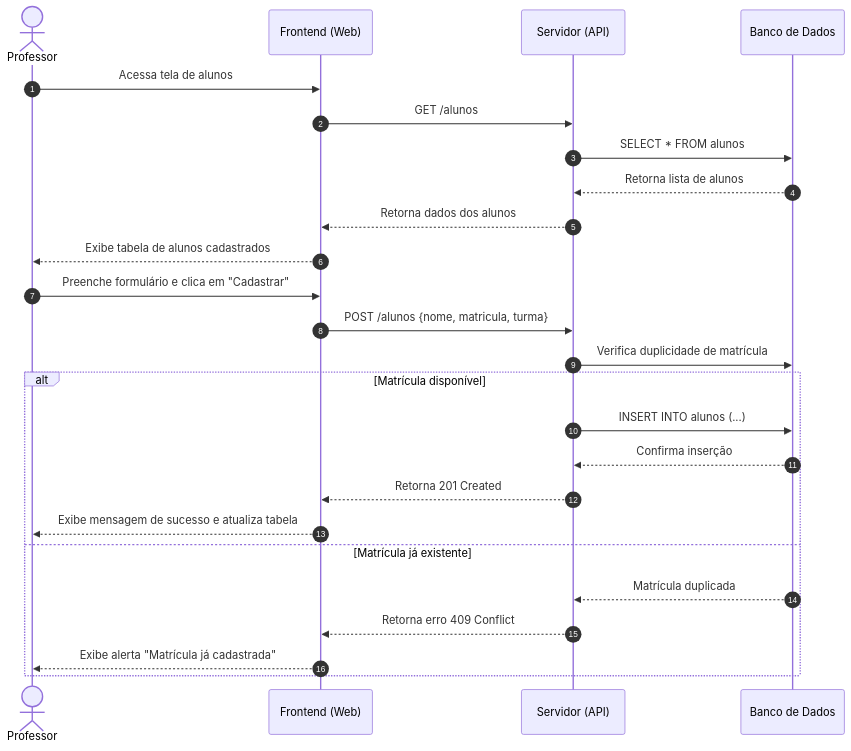
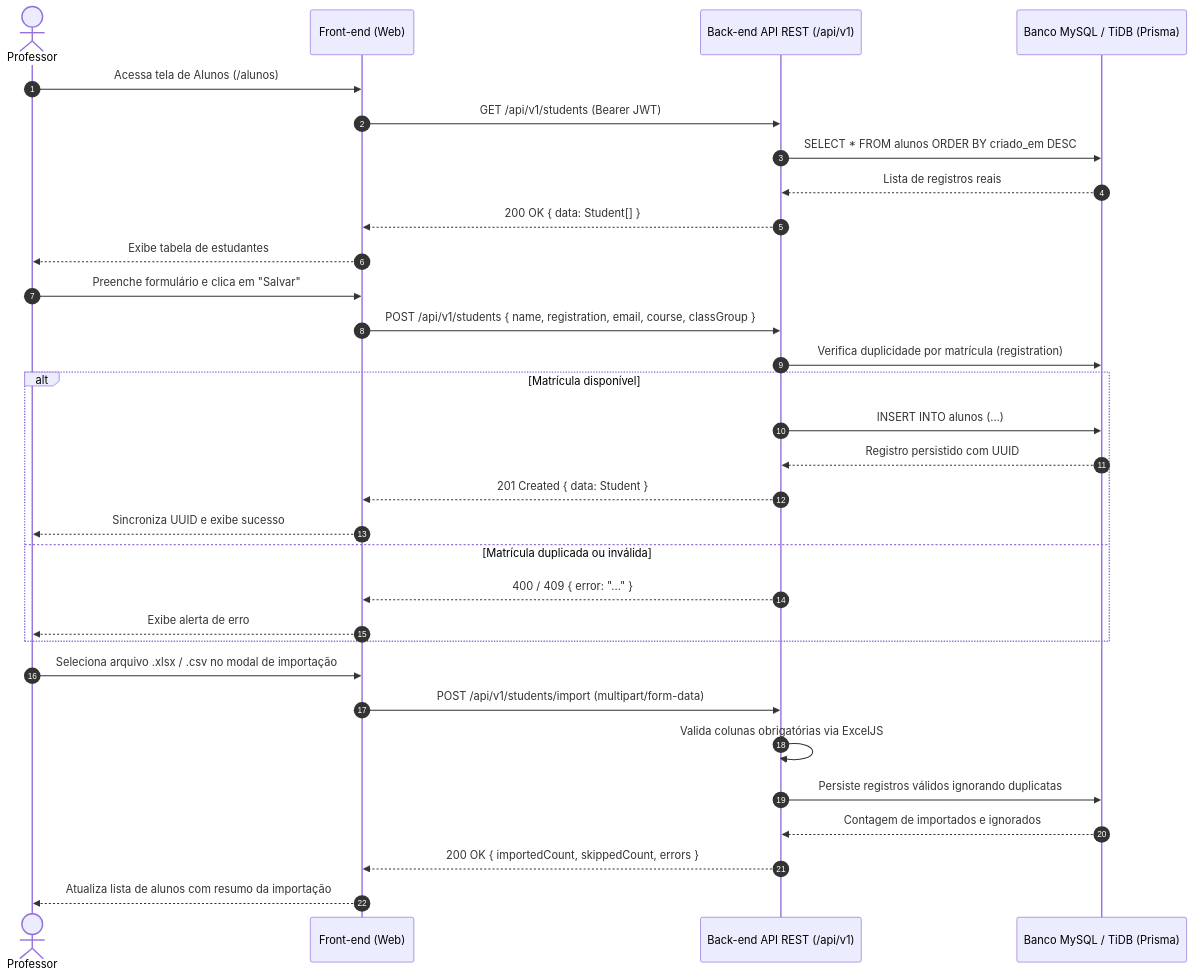
One commit to Projeto-Arquitetura-de-Software-Grupo-9/front-end changed the diagram in docs/diagramas/sequencia/alunos.md. Above: the diagram before and after it, drawn with Mermaid. The commit also changed other lines of this file and 27 other files, not shown here.

Commit message:
feat(frontend): implement pure-TS OMR engine, strict camera validation, real backend JWT auth, and update full documentation

````diff
--- a/docs/diagramas/sequencia/alunos.md
+++ b/docs/diagramas/sequencia/alunos.md
@@ -13,32 +5,40 @@
 ```mermaid
 sequenceDiagram
     autonumber
     actor Professor as Professor
-    participant Frontend as Frontend (Web)
-    participant Servidor as Servidor (API)
-    participant BancoDeDados as Banco de Dados
+    participant Frontend as Front-end (Web)
+    participant API as Back-end API REST (/api/v1)
+    participant DB as Banco MySQL / TiDB (Prisma)
 
     %% Listagem
-    Professor->>Frontend: Acessa tela de alunos
-    Frontend->>Servidor: GET /alunos
-    Servidor->>BancoDeDados: SELECT * FROM alunos
-    BancoDeDados-->>Servidor: Retorna lista de alunos
-    Servidor-->>Frontend: Retorna dados dos alunos
-    Frontend-->>Professor: Exibe tabela de alunos cadastrados
+    Professor->>Frontend: Acessa tela de Alunos (/alunos)
+    Frontend->>API: GET /api/v1/students (Bearer JWT)
+    API->>DB: SELECT * FROM alunos ORDER BY criado_em DESC
+    DB-->>API: Lista de registros reais
+    API-->>Frontend: 200 OK { data: Student[] }
+    Frontend-->>Professor: Exibe tabela de estudantes
 
-    %% Cadastro
-    Professor->>Frontend: Preenche formulário e clica em "Cadastrar"
-    Frontend->>Servidor: POST /alunos {nome, matricula, turma}
-    Servidor->>BancoDeDados: Verifica duplicidade de matrícula
+    %% Cadastro Individual
+    Professor->>Frontend: Preenche formulário e clica em "Salvar"
+    Frontend->>API: POST /api/v1/students { name, registration, email, course, classGroup }
+    API->>DB: Verifica duplicidade por matrícula (registration)
 
     alt Matrícula disponível
-        Servidor->>BancoDeDados: INSERT INTO alunos (...)
-        BancoDeDados-->>Servidor: Confirma inserção
-        Servidor-->>Frontend: Retorna 201 Created
-        Frontend-->>Professor: Exibe mensagem de sucesso e atualiza tabela
-    else Matrícula já existente
-        BancoDeDados-->>Servidor: Matrícula duplicada
-        Servidor-->>Frontend: Retorna erro 409 Conflict
-        Frontend-->>Professor: Exibe alerta "Matrícula já cadastrada"
+        API->>DB: INSERT INTO alunos (...)
+        DB-->>API: Registro persistido com UUID
+        API-->>Frontend: 201 Created { data: Student }
+        Frontend-->>Professor: Sincroniza UUID e exibe sucesso
+    else Matrícula duplicada ou inválida
+        API-->>Frontend: 400 / 409 { error: "..." }
+        Frontend-->>Professor: Exibe alerta de erro
     end
+
+    %% Importação Excel/CSV
+    Professor->>Frontend: Seleciona arquivo .xlsx / .csv no modal de importação
+    Frontend->>API: POST /api/v1/students/import (multipart/form-data)
+    API->>API: Valida colunas obrigatórias via ExcelJS
+    API->>DB: Persiste registros válidos ignorando duplicatas
+    DB-->>API: Contagem de importados e ignorados
+    API-->>Frontend: 200 OK { importedCount, skippedCount, errors }
+    Frontend-->>Professor: Atualiza lista de alunos com resumo da importação
 ```
````
